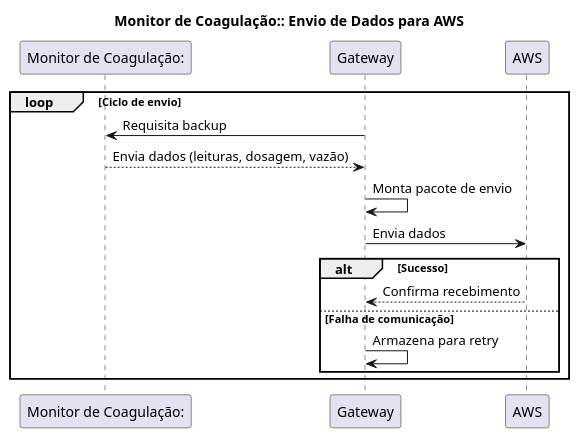
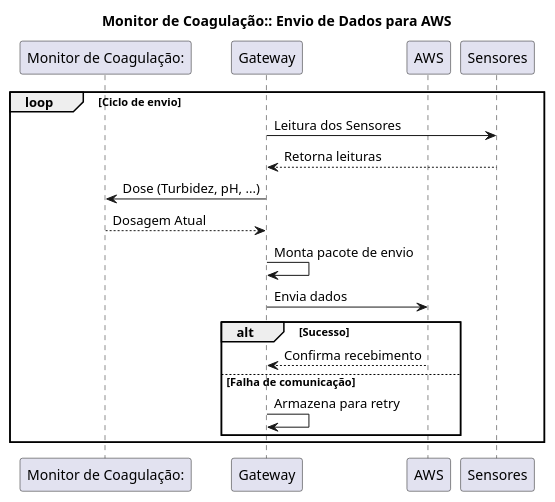
The diagram in Documentação Monitor/AWS.puml (Monique-HidroSolo/plantuml), drawn with PlantUML before and after one commit. The commit also changed 9 other files, not shown here.

Commit message:
Atualização dos Diagramas Monitor

```diff
--- a/Documentação Monitor/AWS.puml
+++ b/Documentação Monitor/AWS.puml
@@ -1,22 +1,26 @@
 @startuml
 title Monitor de Coagulação:: Envio de Dados para AWS
 
 participant "Monitor de Coagulação:" as MC
 participant Gateway as GW
 participant AWS as AWS
+participant Sensores as S
 
 loop Ciclo de envio
-    GW -> MC: Requisita backup
-    MC --> GW: Envia dados (leituras, dosagem, vazão)
+    GW -> S: Leitura dos Sensores
+    S --> GW: Retorna leituras
+
+    GW -> MC: Dose (Turbidez, pH, ...)
+    MC --> GW: Dosagem Atual
 
     GW -> GW: Monta pacote de envio
 
     GW -> AWS: Envia dados
     alt Sucesso
         AWS --> GW: Confirma recebimento
     else Falha de comunicação
         GW -> GW: Armazena para retry
     end
 end
 
 @enduml
```
